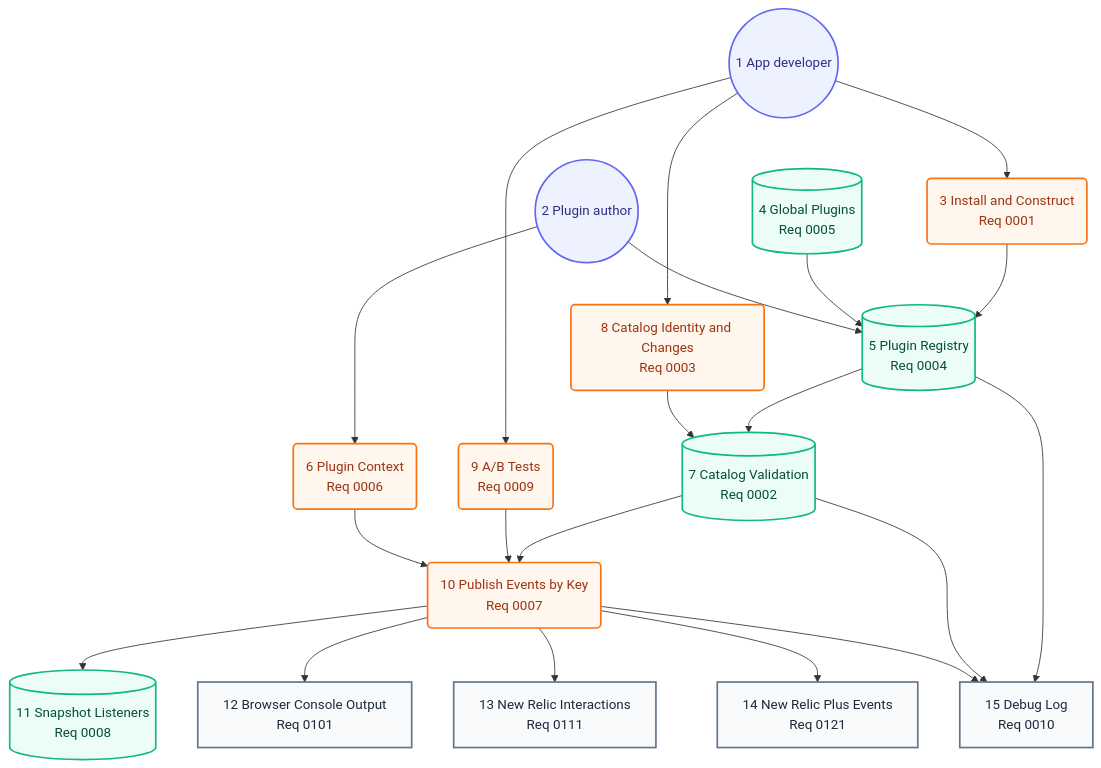
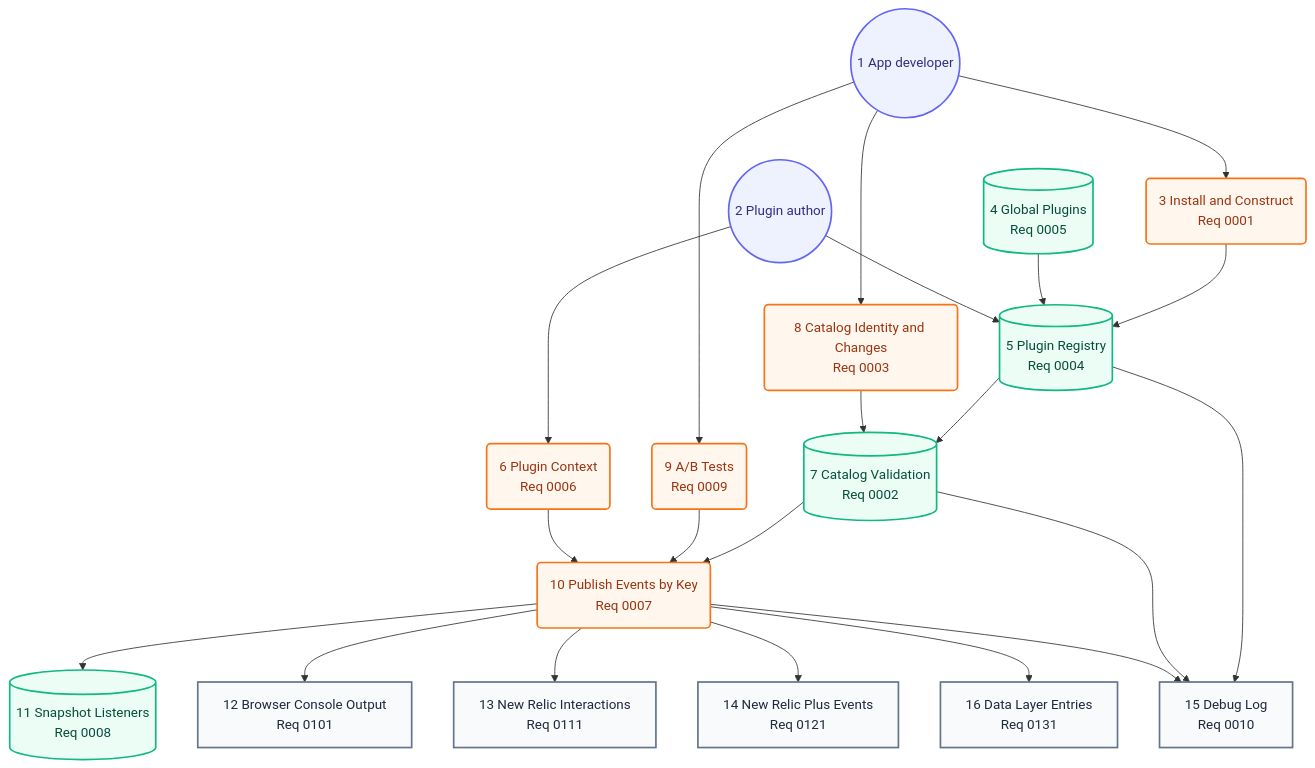
The second of 2 diagrams in docs/architecture/05-user-journey.md (may-journal/Stratum-Observability), drawn with Mermaid before and after one commit. The commit also changed other lines of this file and 15 other files, not shown here.

First line of the commit message:
feat(plugins): add a data layer plugin for tag managers

````diff
--- a/docs/architecture/05-user-journey.md
+++ b/docs/architecture/05-user-journey.md
@@ -33,43 +33,45 @@
 ```mermaid
 flowchart TB
     developer((1 App developer)):::persona
     pluginAuthor((2 Plugin author)):::persona
     construct(3 Install and Construct<br/>Req 0001):::action
     globalPlugins[(4 Global Plugins<br/>Req 0005)]:::system
     registry[(5 Plugin Registry<br/>Req 0004)]:::system
     context(6 Plugin Context<br/>Req 0006):::action
     validation[(7 Catalog Validation<br/>Req 0002)]:::system
     changes(8 Catalog Identity and Changes<br/>Req 0003):::action
     abTests(9 A/B Tests<br/>Req 0009):::action
     publish(10 Publish Events by Key<br/>Req 0007):::action
     listeners[(11 Snapshot Listeners<br/>Req 0008)]:::system
     console[12 Browser Console Output<br/>Req 0101]:::screen
     newRelic[13 New Relic Interactions<br/>Req 0111]:::screen
     newRelicPlus[14 New Relic Plus Events<br/>Req 0121]:::screen
     debug[15 Debug Log<br/>Req 0010]:::screen
+    dataLayer[16 Data Layer Entries<br/>Req 0131]:::screen
 
     developer --> construct
     construct --> registry
     globalPlugins --> registry
     pluginAuthor --> registry
     pluginAuthor --> context
     registry --> validation
     developer --> changes
     changes --> validation
     validation --> publish
     developer --> abTests
     abTests --> publish
     context --> publish
     publish --> listeners
     publish --> console
     publish --> newRelic
     publish --> newRelicPlus
+    publish --> dataLayer
     registry --> debug
     validation --> debug
     publish --> debug
 
     classDef persona fill:#eef2ff,stroke:#6366f1,color:#312e81,stroke-width:2px
     classDef screen fill:#f8fafc,stroke:#64748b,color:#1e293b,stroke-width:2px
     classDef action fill:#fff7ed,stroke:#f97316,color:#9a3412,stroke-width:2px
     classDef system fill:#ecfdf5,stroke:#10b981,color:#064e3b,stroke-width:2px
 ```
````
